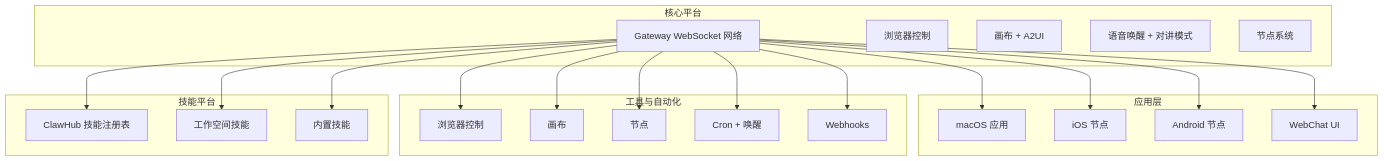
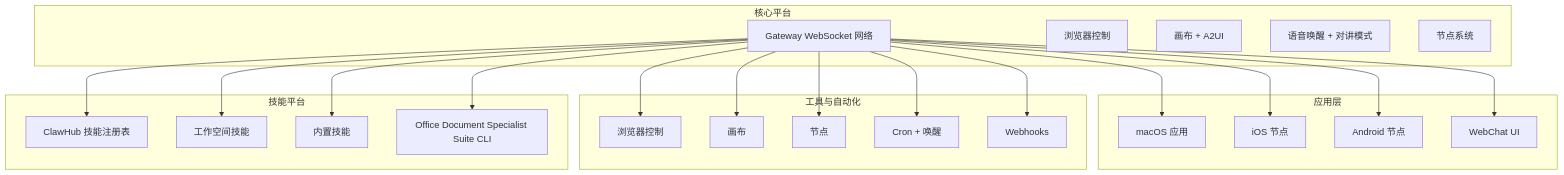
The first of 8 diagrams in .qoder/repowiki/zh/content/技能平台/内置技能/Office 文档专家套件.md (verse-ai-org/openclaw), drawn with Mermaid before and after one commit. The commit also changed other lines of this file and 11 other files, not shown here.

````diff
--- a/.qoder/repowiki/zh/content/技能平台/内置技能/Office 文档专家套件.md
+++ b/.qoder/repowiki/zh/content/技能平台/内置技能/Office 文档专家套件.md
@@ -32,40 +45,42 @@
 ```mermaid
 graph TB
 subgraph "核心平台"
 A[Gateway WebSocket 网络]
 B[浏览器控制]
 C[画布 + A2UI]
 D[语音唤醒 + 对讲模式]
 E[节点系统]
 end
 subgraph "应用层"
 F[macOS 应用]
 G[iOS 节点]
 H[Android 节点]
 I[WebChat UI]
 end
 subgraph "工具与自动化"
 J[浏览器控制]
 K[画布]
 L[节点]
 M[Cron + 唤醒]
 N[Webhooks]
 end
 subgraph "技能平台"
 O[ClawHub 技能注册表]
 P[工作空间技能]
 Q[内置技能]
+R[Office Document Specialist Suite CLI]
 end
 A --> F
 A --> G
 A --> H
 A --> I
 A --> J
 A --> K
 A --> L
 A --> M
 A --> N
 A --> O
 A --> P
 A --> Q
+A --> R
 ```
````
